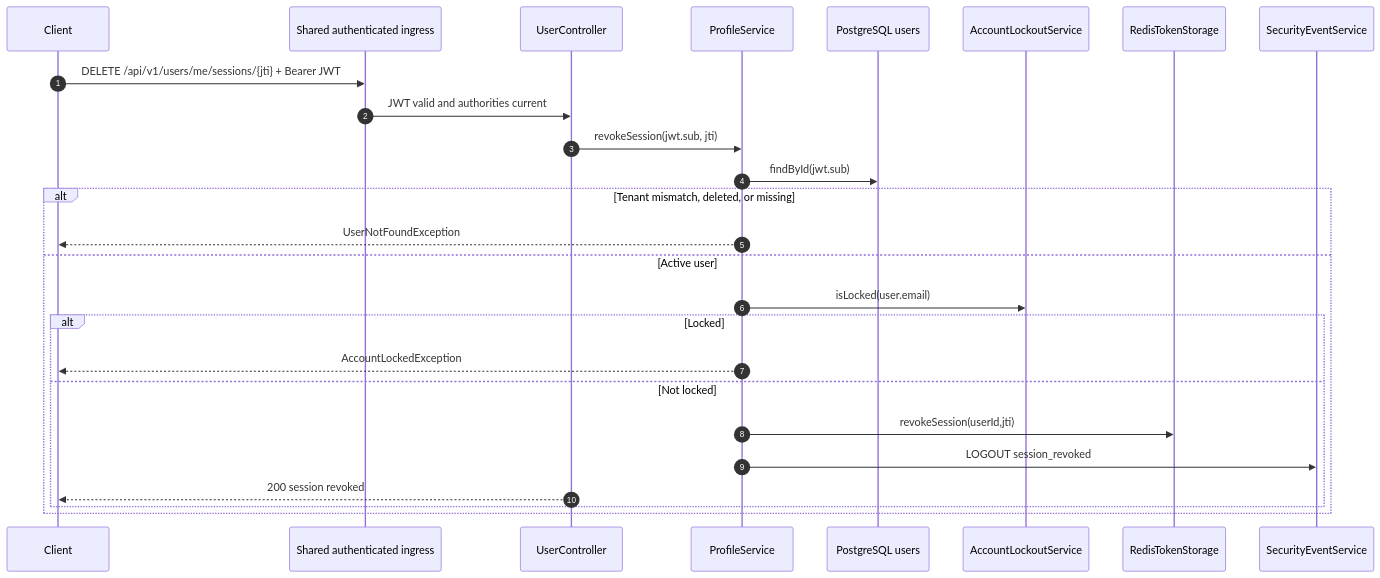
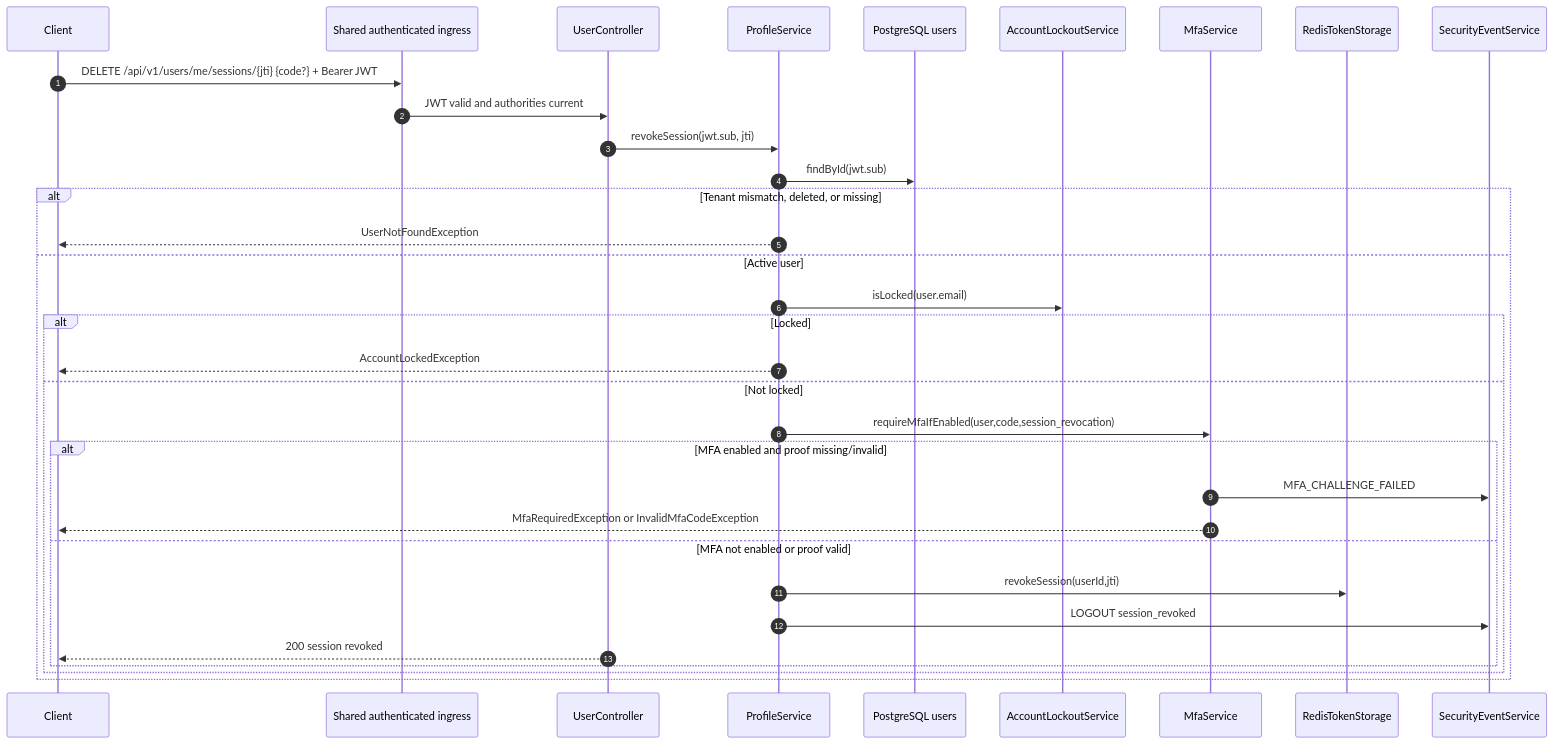
Diagram 18 of 22 in SYSTEM_USE_CASE_FLOWS.md (brenomega/authkit), drawn with Mermaid before and after one commit. The commit also changed other lines of this file and 51 other files, not shown here.

````diff
--- a/SYSTEM_USE_CASE_FLOWS.md
+++ b/SYSTEM_USE_CASE_FLOWS.md
@@ -733,29 +865,36 @@
 ```mermaid
 sequenceDiagram
     autonumber
     participant C as Client
     participant I as Shared authenticated ingress
     participant UC as UserController
     participant PS as ProfileService
     participant DB as PostgreSQL users
     participant LS as AccountLockoutService
+    participant MFA as MfaService
     participant TS as RedisTokenStorage
     participant AUD as SecurityEventService
 
-    C->>I: DELETE /api/v1/users/me/sessions/{jti} + Bearer JWT
+    C->>I: DELETE /api/v1/users/me/sessions/{jti} {code?} + Bearer JWT
     I->>UC: JWT valid and authorities current
     UC->>PS: revokeSession(jwt.sub, jti)
     PS->>DB: findById(jwt.sub)
     alt Tenant mismatch, deleted, or missing
         PS-->>C: UserNotFoundException
     else Active user
         PS->>LS: isLocked(user.email)
         alt Locked
             PS-->>C: AccountLockedException
         else Not locked
-            PS->>TS: revokeSession(userId,jti)
-            PS->>AUD: LOGOUT session_revoked
-            UC-->>C: 200 session revoked
+            PS->>MFA: requireMfaIfEnabled(user,code,session_revocation)
+            alt MFA enabled and proof missing/invalid
+                MFA->>AUD: MFA_CHALLENGE_FAILED
+                MFA-->>C: MfaRequiredException or InvalidMfaCodeException
+            else MFA not enabled or proof valid
+                PS->>TS: revokeSession(userId,jti)
+                PS->>AUD: LOGOUT session_revoked
+                UC-->>C: 200 session revoked
+            end
         end
     end
 ```
````
